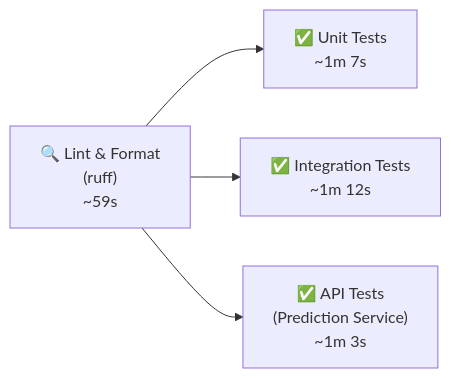
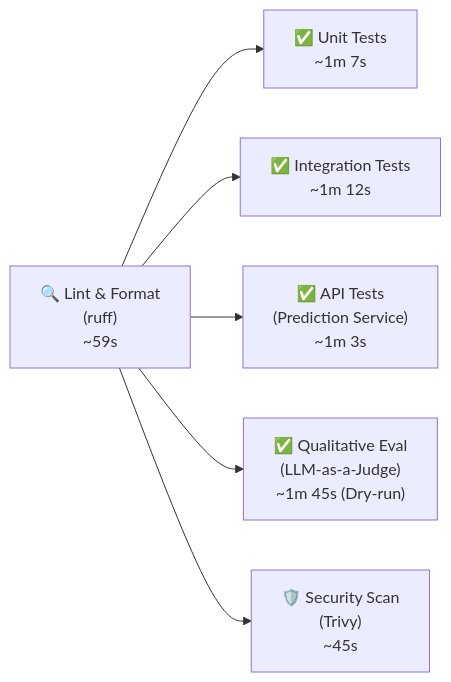
Before and after one commit to SebastianGarrido2790/hybrid-agentic-ml-for-risk-assessment: the diagram in reports/docs/workflows/ci_pipeline_report.md, drawn with Mermaid. The commit also changed other lines of this file and 25 other files, not shown here.

````diff
--- a/reports/docs/workflows/ci_pipeline_report.md
+++ b/reports/docs/workflows/ci_pipeline_report.md
@@ -35,6 +35,8 @@
 ```mermaid
 flowchart LR
     A["🔍 Lint & Format\n(ruff)\n~59s"] --> B["✅ Unit Tests\n~1m 7s"]
     A --> C["✅ Integration Tests\n~1m 12s"]
     A --> D["✅ API Tests\n(Prediction Service)\n~1m 3s"]
+    A --> E["✅ Qualitative Eval\n(LLM-as-a-Judge)\n~1m 45s (Dry-run)"]
+    A --> F["🛡️ Security Scan\n(Trivy)\n~45s"]
 ```
````
